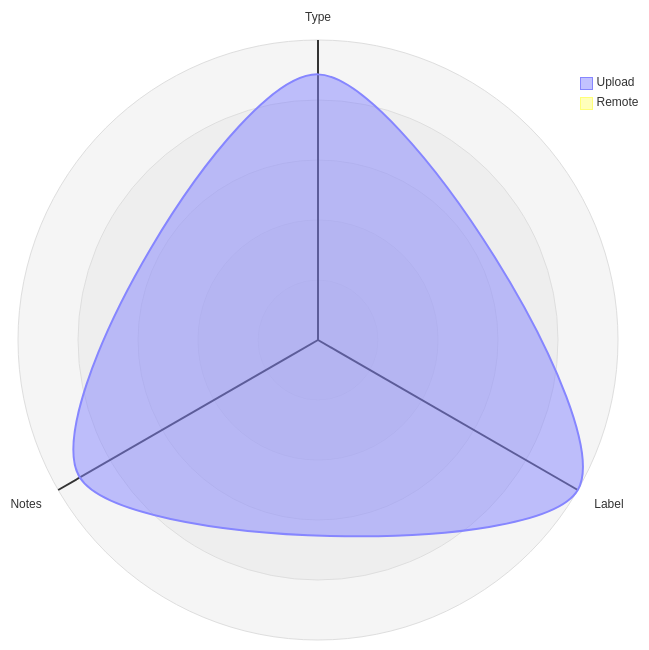
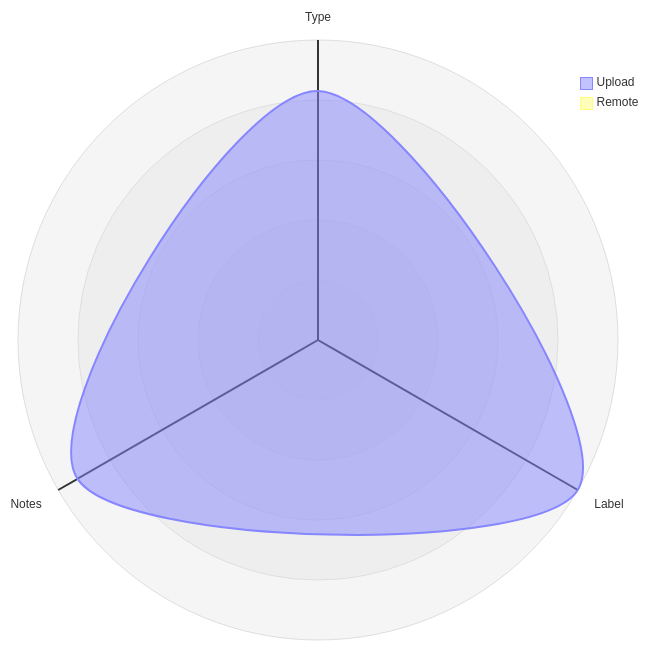
One commit to open-data/analytics-corporate-reporting changed the third of 5 diagrams in datastore_tracker/README.md. Above: the diagram before and after it, drawn with Mermaid. The commit also changed other lines of this file and 6 other files, not shown here.

````diff
--- a/datastore_tracker/README.md
+++ b/datastore_tracker/README.md
@@ -105,12 +105,12 @@
 ```mermaid
 radar-beta
   axis T["Type"], L["Label"], N["Notes"]
-  curve u["Upload"]{0.00085, 0.00096, 0.00088}
+  curve u["Upload"]{0.00078, 0.00094, 0.00087}
   curve r["Remote"]{0, 0, 0}
 
   showLegend true
 
   min 0
   graticule circle
   ticks 5
 ```
````
